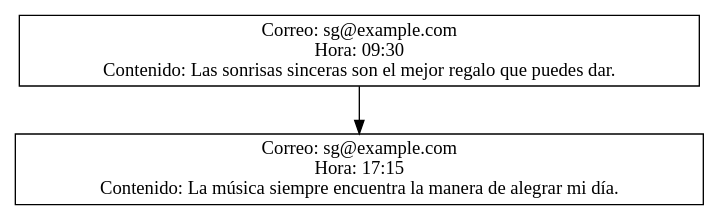
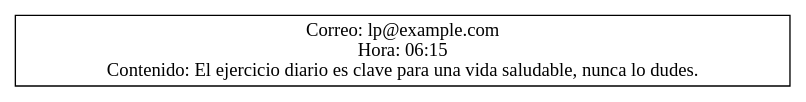
One commit to elsaminee/-EDD-Proyecto_202200198 changed the diagram in Fase 2/proyecto2/build/Desktop_Qt_6_7_2_MinGW_64_bit-Debug/reportes/arbolBinarioFecha.dot. Above: the diagram before and after it, drawn with Graphviz. The commit also changed 72 other files, not shown here.

```diff
--- a/Fase 2/proyecto2/build/Desktop_Qt_6_7_2_MinGW_64_bit-Debug/reportes/arbolBinarioFecha.dot
+++ b/Fase 2/proyecto2/build/Desktop_Qt_6_7_2_MinGW_64_bit-Debug/reportes/arbolBinarioFecha.dot
@@ -1,6 +1,4 @@
 digraph G {
     node [shape=box];
-    "Las sonrisas sinceras son el mejor regalo que puedes dar." [label="Correo: sg@example.com\nHora: 09:30\nContenido: Las sonrisas sinceras son el mejor regalo que puedes dar."];
-    "Las sonrisas sinceras son el mejor regalo que puedes dar." -> "La música siempre encuentra la manera de alegrar mi día.";
-    "La música siempre encuentra la manera de alegrar mi día." [label="Correo: sg@example.com\nHora: 17:15\nContenido: La música siempre encuentra la manera de alegrar mi día."];
+    "El ejercicio diario es clave para una vida saludable, nunca lo dudes." [label="Correo: lp@example.com\nHora: 06:15\nContenido: El ejercicio diario es clave para una vida saludable, nunca lo dudes."];
 }
```
